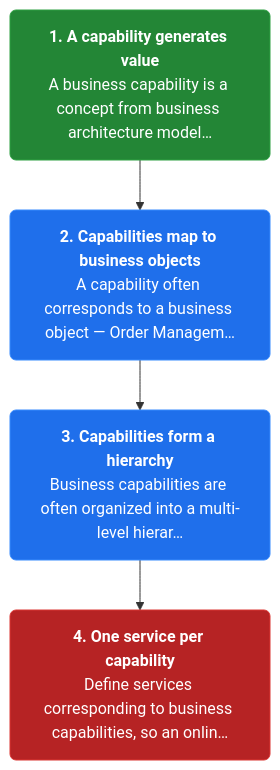
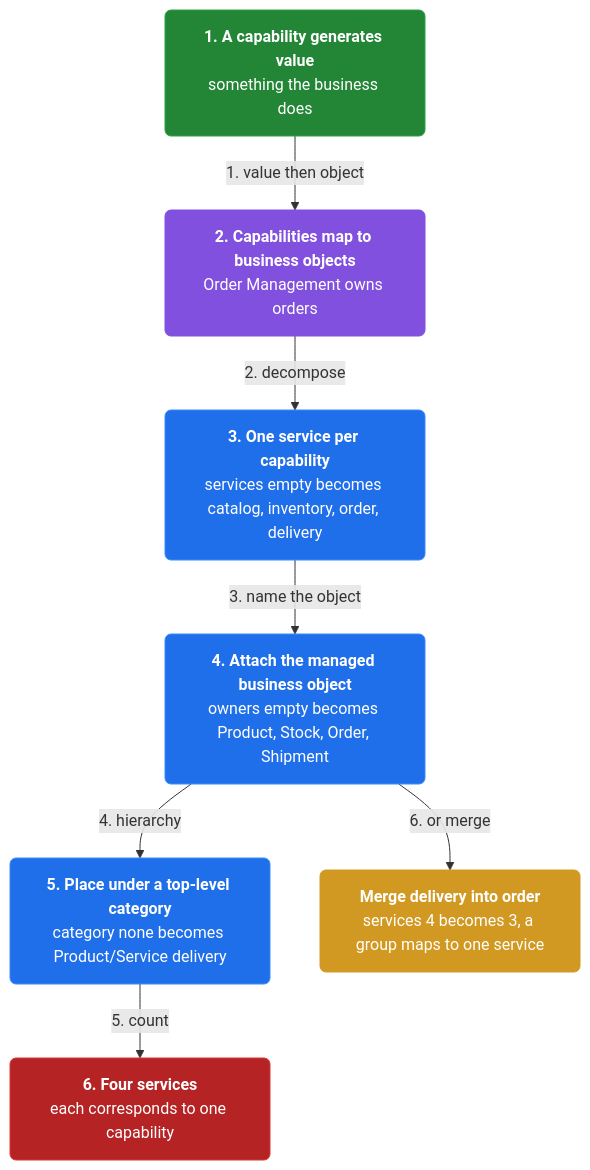
The second of 4 diagrams in docs/ch03-decompose-by-business-capability.md (vinayakuber/microservices-io-study-guide), drawn with Mermaid before and after one commit. The commit also changed other lines of this file and 46 other files, not shown here.

First line of the commit message:
Author rich branching flow diagrams for all 44 chapters

````diff
--- a/docs/ch03-decompose-by-business-capability.md
+++ b/docs/ch03-decompose-by-business-capability.md
@@ -55,13 +65,21 @@
 ```mermaid
 flowchart TD
-  classDef step fill:#1f6feb,color:#ffffff,stroke:#388bfd,stroke-width:1px,rx:6
+  classDef step fill:#1f6feb,color:#ffffff,stroke:#388bfd,rx:6
+  classDef core fill:#8250df,color:#ffffff,stroke:#8250df,rx:6
+  classDef warn fill:#d29922,color:#ffffff,stroke:#d29922,rx:6
   classDef start fill:#238636,color:#ffffff,stroke:#2ea043,rx:6
   classDef stop fill:#b62324,color:#ffffff,stroke:#da3633,rx:6
-  s1n0["<b>1. A capability generates value</b><br/>A business capability is a concept from business architecture model…"]:::start
-  s1n1["<b>2. Capabilities map to business objects</b><br/>A capability often corresponds to a business object — Order Managem…"]:::step
-  s1n2["<b>3. Capabilities form a hierarchy</b><br/>Business capabilities are often organized into a multi-level hierar…"]:::step
-  s1n3["<b>4. One service per capability</b><br/>Define services corresponding to business capabilities, so an onlin…"]:::stop
-  s1n0 --> s1n1
-  s1n1 --> s1n2
-  s1n2 --> s1n3
+  n0["<b>1. A capability generates value</b><br/>something the business does"]:::start
+  n1["<b>2. Capabilities map to business objects</b><br/>Order Management owns orders"]:::core
+  n2["<b>3. One service per capability</b><br/>services empty becomes catalog, inventory, order, delivery"]:::step
+  n3["<b>4. Attach the managed business object</b><br/>owners empty becomes Product, Stock, Order, Shipment"]:::step
+  n4["<b>5. Place under a top-level category</b><br/>category none becomes Product/Service delivery"]:::step
+  n5["<b>6. Four services</b><br/>each corresponds to one capability"]:::stop
+  n6["<b>Merge delivery into order</b><br/>services 4 becomes 3, a group maps to one service"]:::warn
+  n0 -->|"1. value then object"| n1
+  n1 -->|"2. decompose"| n2
+  n2 -->|"3. name the object"| n3
+  n3 -->|"4. hierarchy"| n4
+  n4 -->|"5. count"| n5
+  n3 -->|"6. or merge"| n6
 ```
````
